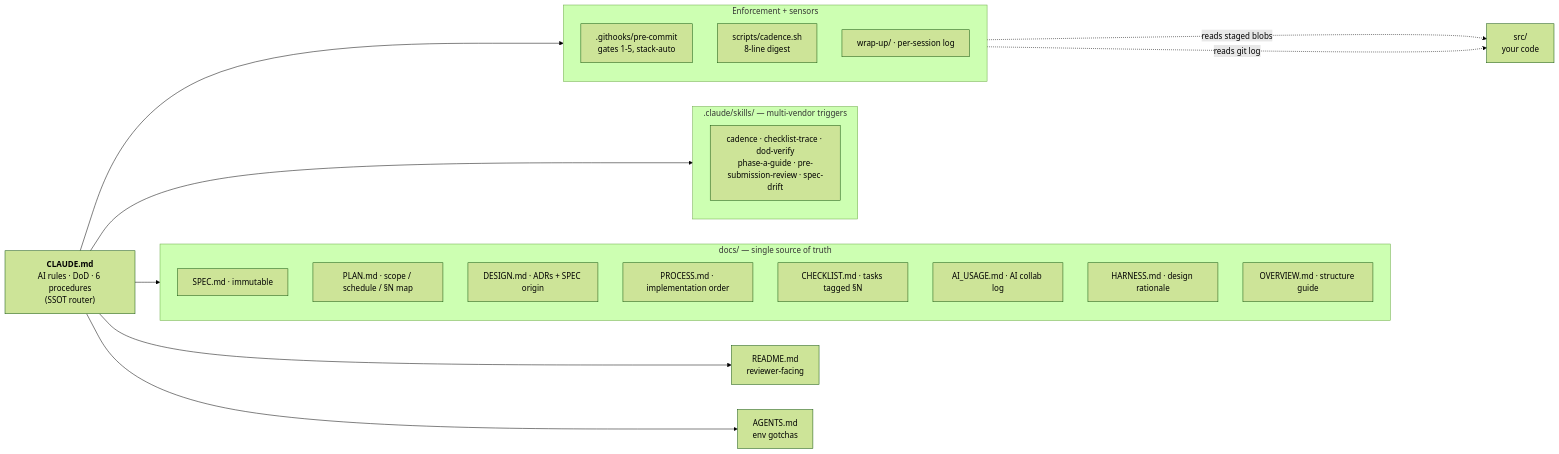
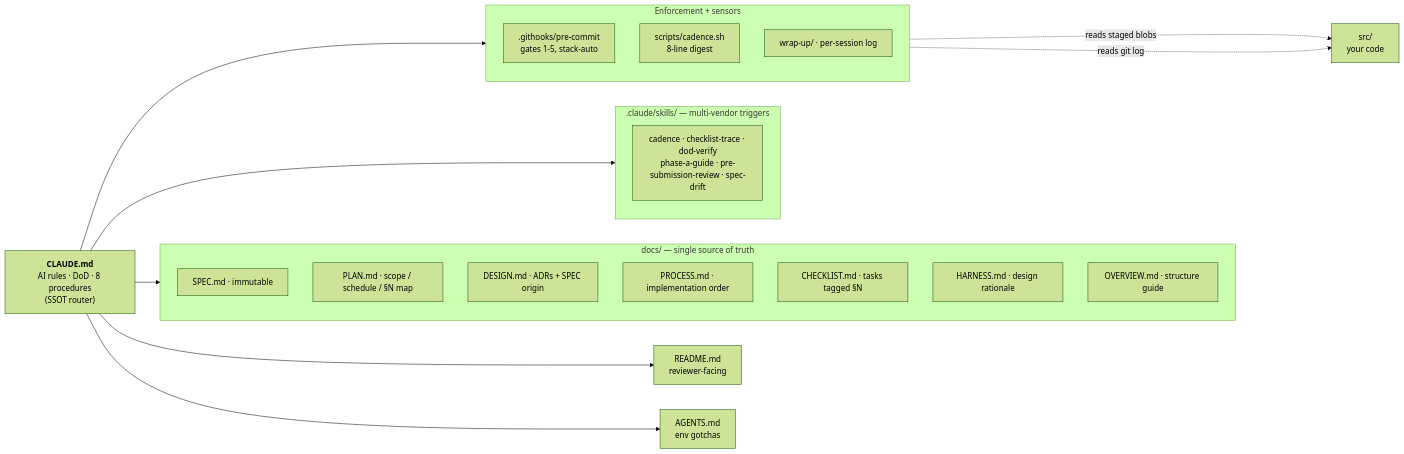
One commit to JayKim88/craft-kit changed the third of 4 diagrams in docs/OVERVIEW.md. Above: the diagram before and after it, drawn with Mermaid (forest theme). The commit also changed other lines of this file and 12 other files, not shown here.

````diff
--- a/docs/OVERVIEW.md
+++ b/docs/OVERVIEW.md
@@ -93,39 +92,38 @@
 ```mermaid
 flowchart LR
-  CLAUDE["<b>CLAUDE.md</b><br/>AI rules · DoD · 6 procedures<br/>(SSOT router)"]
+  CLAUDE["<b>CLAUDE.md</b><br/>AI rules · DoD · 8 procedures<br/>(SSOT router)"]
   README["README.md<br/>reviewer-facing"]
   AGENTS["AGENTS.md<br/>env gotchas"]
   SRC["src/<br/>your code"]
 
   subgraph SSOT["docs/ — single source of truth"]
     direction TB
     SPEC["SPEC.md · immutable"]
     PLAN["PLAN.md · scope / schedule / §N map"]
     DESIGN["DESIGN.md · ADRs + SPEC origin"]
     PROCESS["PROCESS.md · implementation order"]
     CHECK["CHECKLIST.md · tasks tagged §N"]
-    AIU["AI_USAGE.md · AI collab log"]
     HARN["HARNESS.md · design rationale"]
     OVW["OVERVIEW.md · structure guide"]
   end
 
   subgraph SKILLS[".claude/skills/ — multi-vendor triggers"]
     direction TB
     SK["cadence · checklist-trace · dod-verify<br/>phase-a-guide · pre-submission-review · spec-drift"]
   end
 
   subgraph EXEC["Enforcement + sensors"]
     direction TB
     HOOK[".githooks/pre-commit<br/>gates 1-5, stack-auto"]
     CAD["scripts/cadence.sh<br/>8-line digest"]
     WRAP["wrap-up/ · per-session log"]
   end
 
   CLAUDE --> SSOT
   CLAUDE --> SKILLS
   CLAUDE --> EXEC
   CLAUDE --> README
   CLAUDE --> AGENTS
   HOOK -. reads staged blobs .-> SRC
   CAD -. reads git log .-> SRC
 ```
````
